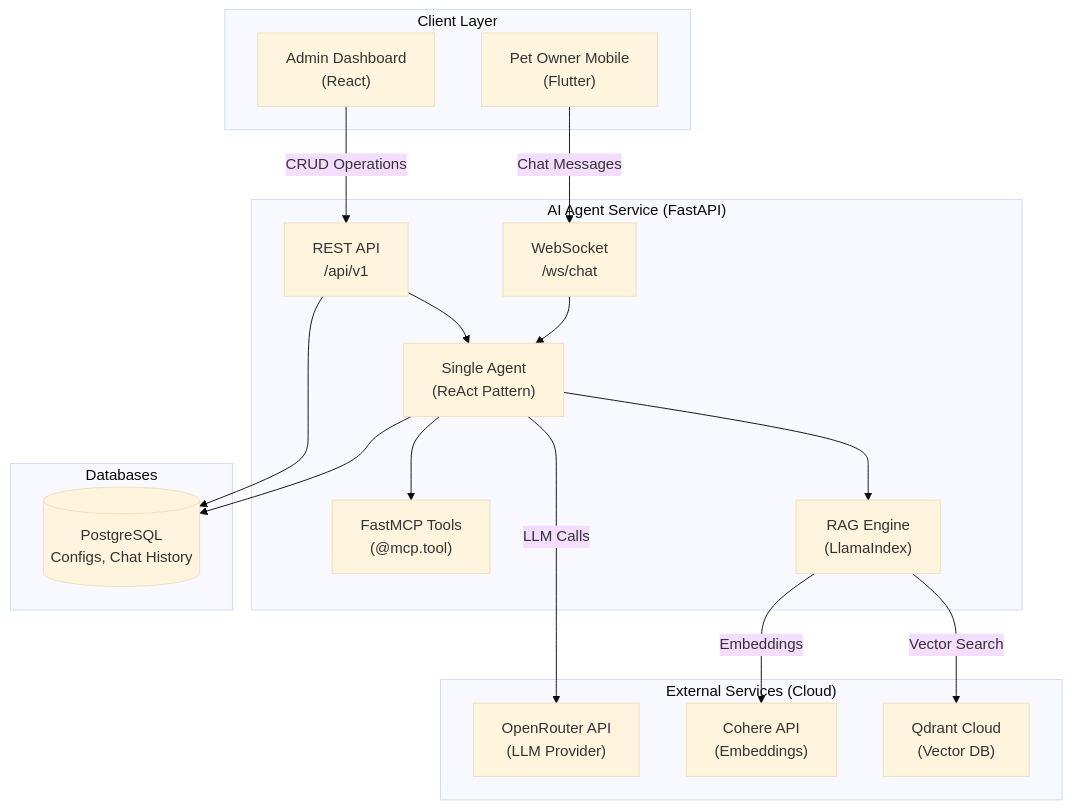
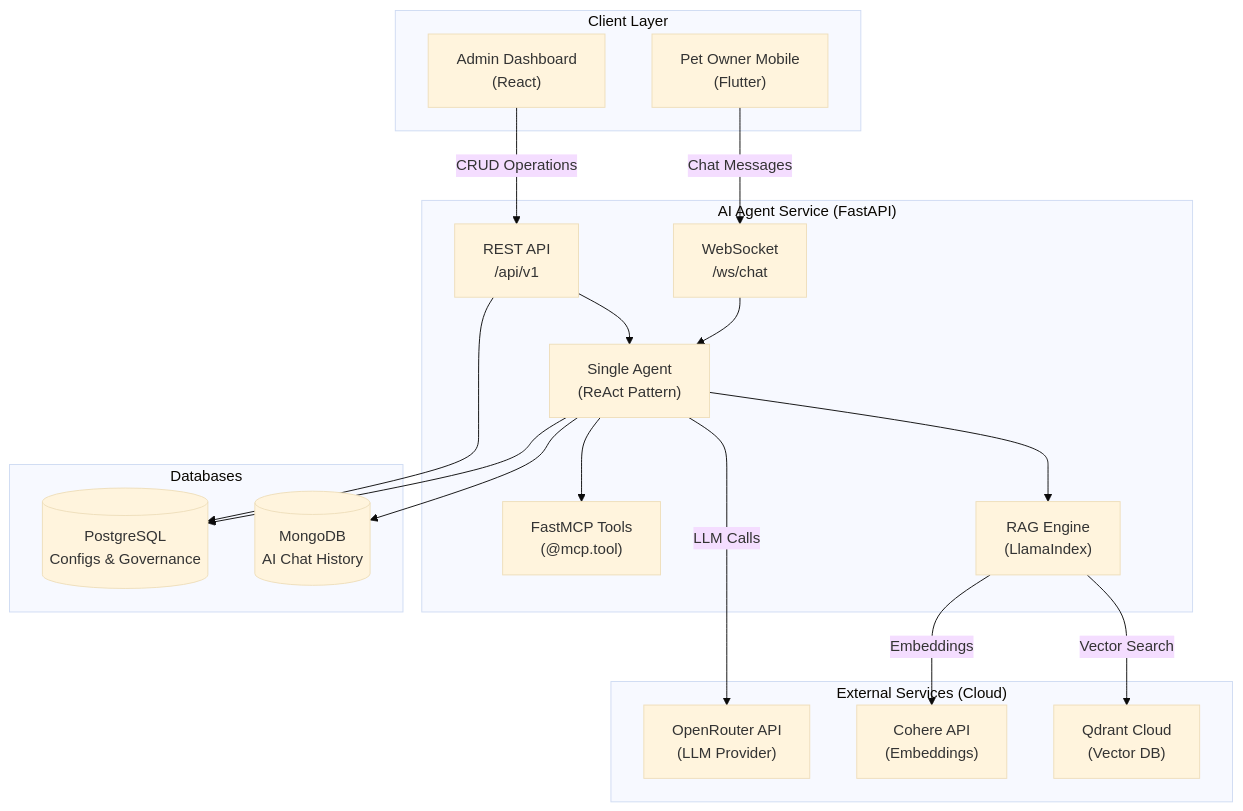
The first of 7 diagrams in docs-references/documentation/SRS/AI_AGENT_SERVICE_SRS.md (espresso23/Petties-Veterinary-Appointment-Booking-Platform), drawn with Mermaid (base theme) before and after one commit. The commit also changed other lines of this file and 25 other files, not shown here.

````diff
--- a/docs-references/documentation/SRS/AI_AGENT_SERVICE_SRS.md
+++ b/docs-references/documentation/SRS/AI_AGENT_SERVICE_SRS.md
@@ -43,41 +43,43 @@
 ```mermaid
 flowchart TB
     subgraph Client["Client Layer"]
         Mobile["Pet Owner Mobile<br/>(Flutter)"]
         AdminWeb["Admin Dashboard<br/>(React)"]
     end
 
     subgraph AIService["AI Agent Service (FastAPI)"]
         API["REST API<br/>/api/v1"]
         WS["WebSocket<br/>/ws/chat"]
         SingleAgent["Single Agent<br/>(ReAct Pattern)"]
         MCP["FastMCP Tools<br/>(@mcp.tool)"]
         RAG["RAG Engine<br/>(LlamaIndex)"]
     end
 
     subgraph External["External Services (Cloud)"]
         OpenRouter["OpenRouter API<br/>(LLM Provider)"]
         Cohere["Cohere API<br/>(Embeddings)"]
         Qdrant["Qdrant Cloud<br/>(Vector DB)"]
     end
 
     subgraph Database["Databases"]
-        PG[(PostgreSQL<br/>Configs, Chat History)]
+      PG[(PostgreSQL<br/>Configs & Governance)]
+      MG[(MongoDB<br/>AI Chat History)]
     end
 
     Mobile -->|Chat Messages| WS
     AdminWeb -->|CRUD Operations| API
 
     API --> SingleAgent
     WS --> SingleAgent
 
     SingleAgent --> MCP
     SingleAgent --> RAG
 
     SingleAgent -->|LLM Calls| OpenRouter
     RAG -->|Embeddings| Cohere
     RAG -->|Vector Search| Qdrant
+    SingleAgent --> MG
 
     API --> PG
     SingleAgent --> PG
 ```
````
